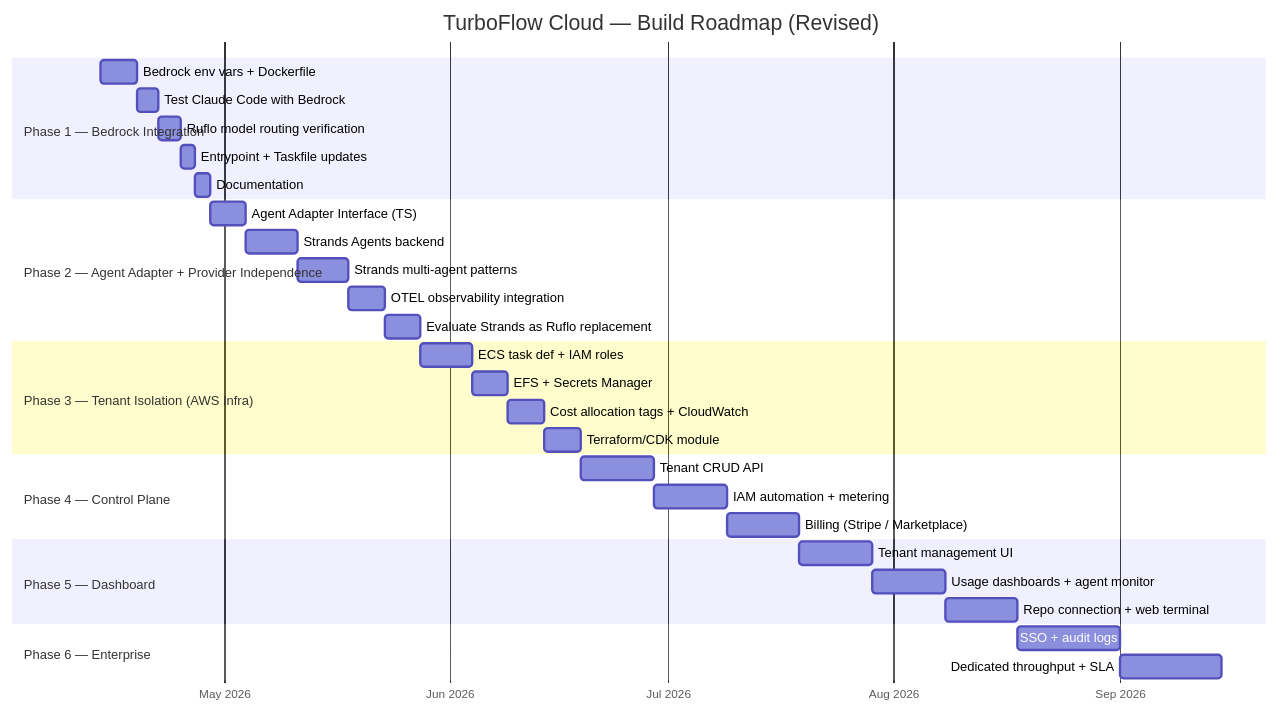
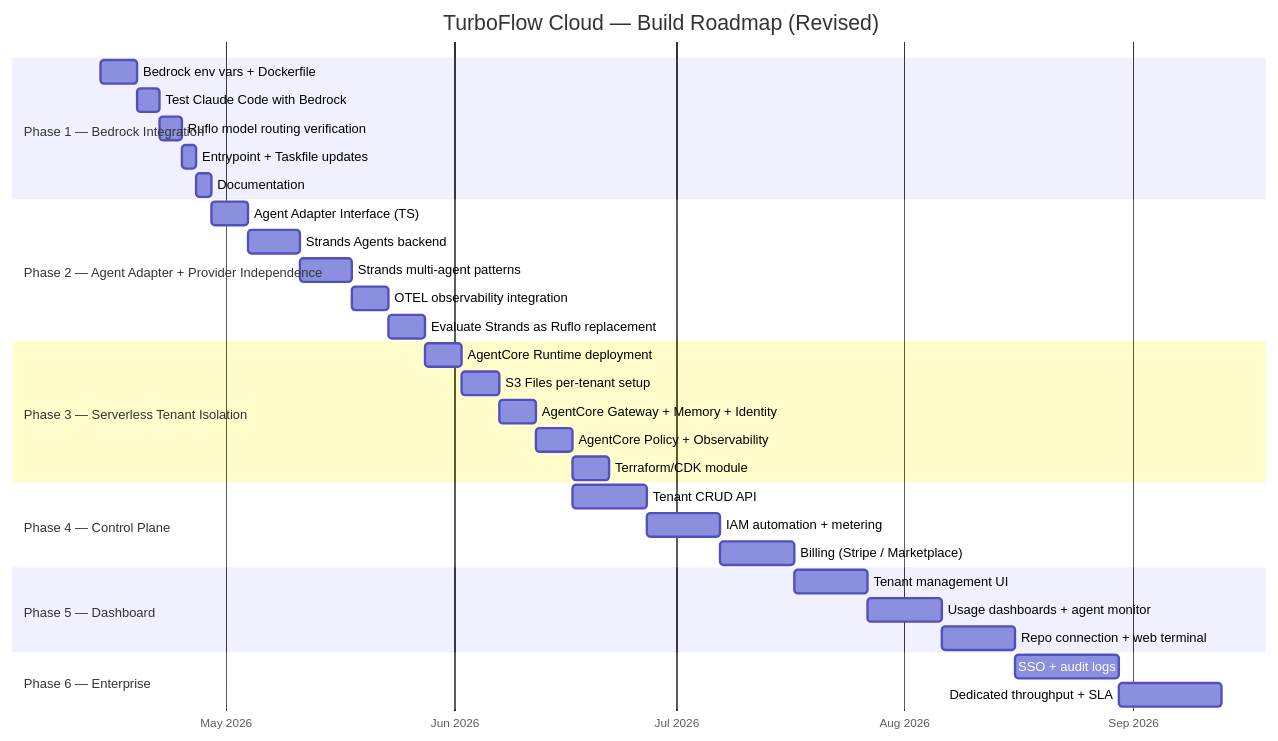
One commit to Walsen/turbo-flow changed the third of 7 diagrams in planning/turboflow-cloud-product-plan.md. Above: the diagram before and after it, drawn with Mermaid. The commit also changed other lines of this file, not shown here.

Commit message:
docs: pivot Phase 3 to serverless — AgentCore + S3 Files (50-65% cost reduction)

````diff
--- a/planning/turboflow-cloud-product-plan.md
+++ b/planning/turboflow-cloud-product-plan.md
@@ -324,40 +324,41 @@
 ```mermaid
 gantt
     title TurboFlow Cloud — Build Roadmap (Revised)
     dateFormat YYYY-MM-DD
     axisFormat %b %Y
 
     section Phase 1 — Bedrock Integration
     Bedrock env vars + Dockerfile        :p1a, 2026-04-14, 5d
     Test Claude Code with Bedrock        :p1b, after p1a, 3d
     Ruflo model routing verification     :p1c, after p1b, 3d
     Entrypoint + Taskfile updates        :p1d, after p1c, 2d
     Documentation                        :p1e, after p1d, 2d
 
     section Phase 2 — Agent Adapter + Provider Independence
     Agent Adapter Interface (TS)         :p2a, after p1e, 5d
     Strands Agents backend               :p2b, after p2a, 7d
     Strands multi-agent patterns         :p2c, after p2b, 7d
     OTEL observability integration       :p2d, after p2c, 5d
     Evaluate Strands as Ruflo replacement:p2e, after p2d, 5d
 
-    section Phase 3 — Tenant Isolation (AWS Infra)
-    ECS task def + IAM roles             :p3a, after p2e, 7d
-    EFS + Secrets Manager                :p3b, after p3a, 5d
-    Cost allocation tags + CloudWatch    :p3c, after p3b, 5d
-    Terraform/CDK module                 :p3d, after p3c, 5d
+    section Phase 3 — Serverless Tenant Isolation
+    AgentCore Runtime deployment       :p3a, after p2e, 5d
+    S3 Files per-tenant setup          :p3b, after p3a, 5d
+    AgentCore Gateway + Memory + Identity :p3c, after p3b, 5d
+    AgentCore Policy + Observability   :p3d, after p3c, 5d
+    Terraform/CDK module               :p3e, after p3d, 5d
 
     section Phase 4 — Control Plane
     Tenant CRUD API                      :p4a, after p3d, 10d
     IAM automation + metering            :p4b, after p4a, 10d
     Billing (Stripe / Marketplace)       :p4c, after p4b, 10d
 
     section Phase 5 — Dashboard
     Tenant management UI                 :p5a, after p4c, 10d
     Usage dashboards + agent monitor     :p5b, after p5a, 10d
     Repo connection + web terminal       :p5c, after p5b, 10d
 
     section Phase 6 — Enterprise
     SSO + audit logs                     :p6a, after p5c, 14d
     Dedicated throughput + SLA           :p6b, after p6a, 14d
 ```
````
